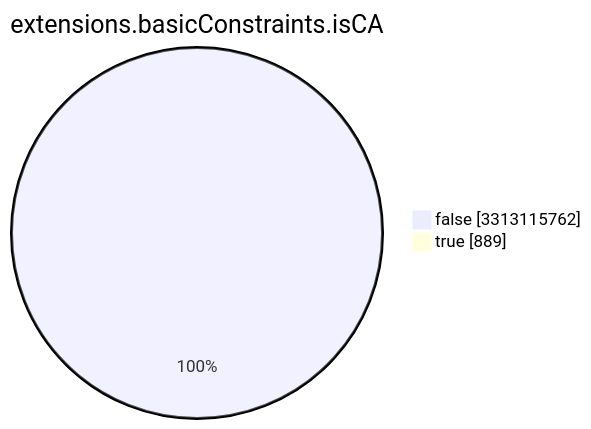
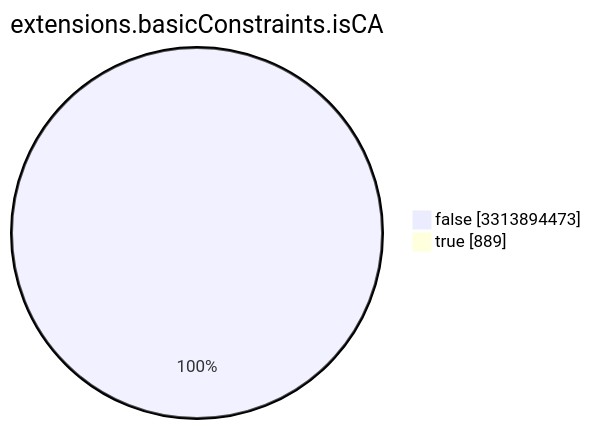
The seventh of 15 diagrams in TOTAL/README.md (christiankrug/ctmonitor_visualization), drawn with Mermaid before and after one commit. The commit also changed other lines of this file, not shown here.

````diff
--- a/TOTAL/README.md
+++ b/TOTAL/README.md
@@ -3089,6 +3089,6 @@
 ```mermaid
 pie showData
 title extensions.basicConstraints.isCA
-"false" :3313115762
+"false" :3313894473
 "true" :889
 ```
````
